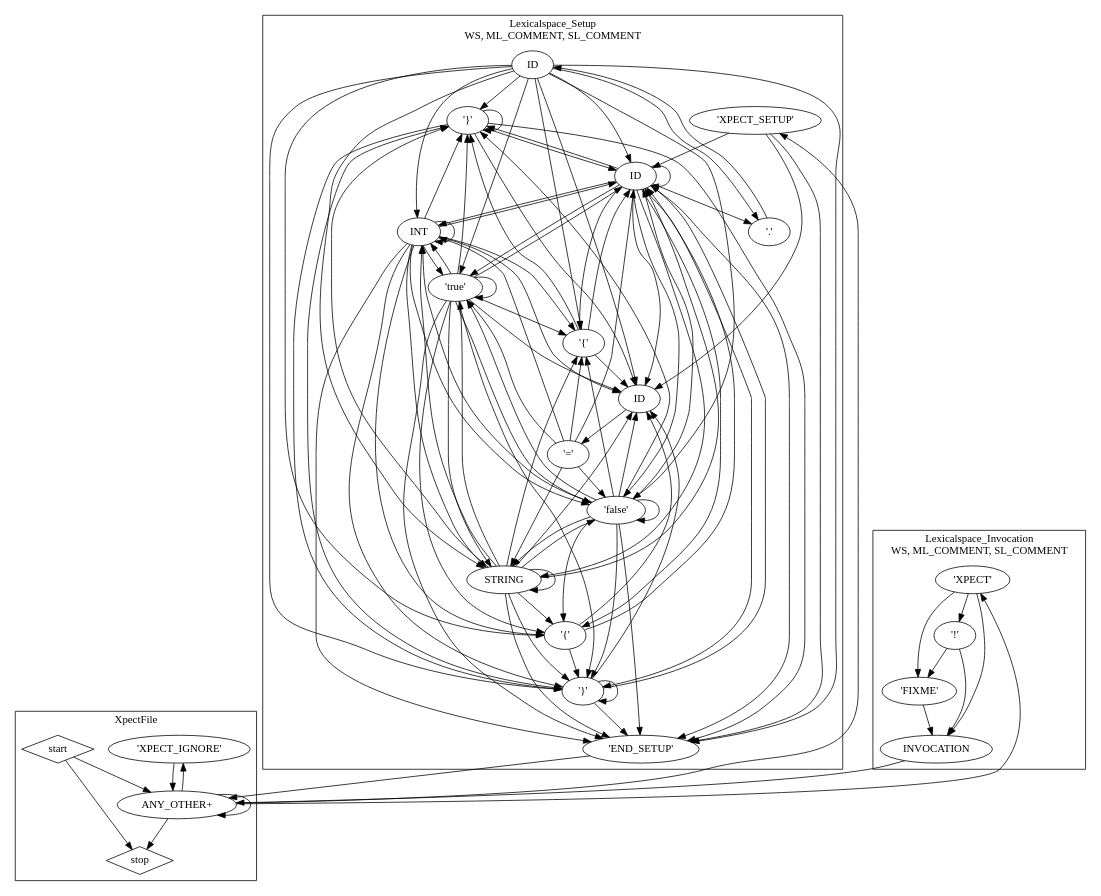
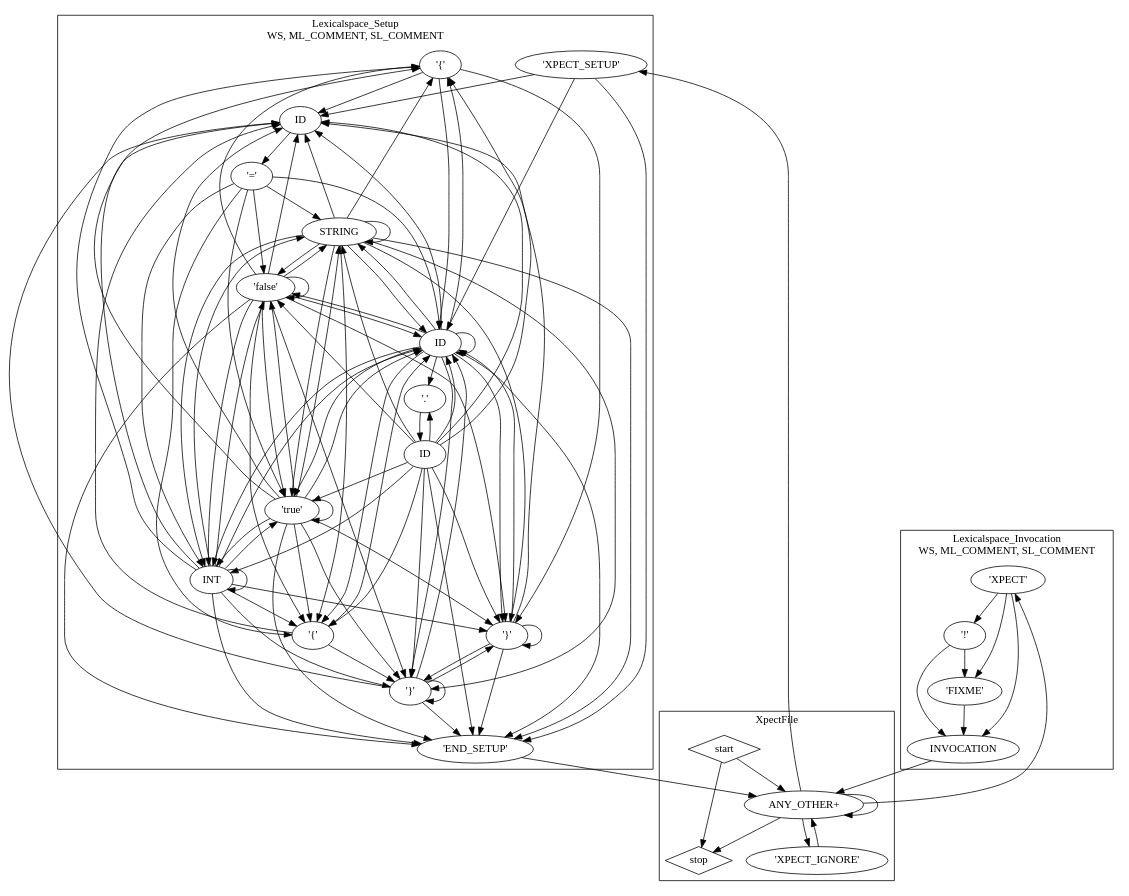
One commit to tjeske/Xpect changed the diagram in org.eclipse.xpect/src-gen/org/eclipse/xpect/lexer/XpectRTGrammarNfa.dot. Above: the diagram before and after it, drawn with Graphviz. The commit also changed 20 other files, not shown here.

```diff
--- a/org.eclipse.xpect/src-gen/org/eclipse/xpect/lexer/XpectRTGrammarNfa.dot
+++ b/org.eclipse.xpect/src-gen/org/eclipse/xpect/lexer/XpectRTGrammarNfa.dot
@@ -1,150 +1,150 @@
 ## This is a Graphviz .dot file (http://www.graphviz.org/)
 ## You can use the command 'dot -Tpdf this.dot > out.pdf' to render it.
 digraph G {
-subgraph cluster_lexicalgroup825791803 {
+subgraph cluster_lexicalgroup1637411253 {
 label="Lexicalspace_Setup\nWS, ML_COMMENT, SL_COMMENT";
-tokennfastate248447628 [label="'END_SETUP'"];
-tokennfastate636094094 [label=ID];
-tokennfastate759098586 [label="'}'"];
-tokennfastate949389138 [label=ID];
-tokennfastate1289280305 [label=INT];
-tokennfastate1815479580 [label=STRING];
-tokennfastate1911551651 [label="'XPECT_SETUP'"];
-tokennfastate664856270 [label=ID];
-tokennfastate325461513 [label="'{'"];
-tokennfastate1653925030 [label="'false'"];
-tokennfastate1935247567 [label="'}'"];
-tokennfastate538611367 [label="'{'"];
-tokennfastate121010315 [label="'true'"];
-tokennfastate119876571 [label="'.'"];
-tokennfastate729827711 [label="'='"];
+tokennfastate1358584120 [label="'{'"];
+tokennfastate1823577333 [label="'}'"];
+tokennfastate197470785 [label="'.'"];
+tokennfastate508047053 [label=STRING];
+tokennfastate1488320466 [label=INT];
+tokennfastate1696394747 [label="'XPECT_SETUP'"];
+tokennfastate1341781781 [label="'{'"];
+tokennfastate1958168955 [label=ID];
+tokennfastate814507488 [label=ID];
+tokennfastate1268858861 [label="'true'"];
+tokennfastate18392277 [label="'END_SETUP'"];
+tokennfastate1600712390 [label="'}'"];
+tokennfastate1477752059 [label=ID];
+tokennfastate986326393 [label="'false'"];
+tokennfastate1444280365 [label="'='"];
 }
 
-subgraph cluster_lexicalgroup278166606 {
+subgraph cluster_lexicalgroup885459806 {
 label="XpectFile\n";
-tokennfastate1275071684 [label="'XPECT_IGNORE'"];
-tokennfastate620301055 [shape=diamond,label=start];
-tokennfastate2070199213 [label="ANY_OTHER+"];
-tokennfastate357532288 [shape=diamond,label=stop];
+tokennfastate64761620 [shape=diamond,label=stop];
+tokennfastate167018904 [label="ANY_OTHER+"];
+tokennfastate1962297767 [label="'XPECT_IGNORE'"];
+tokennfastate560565850 [shape=diamond,label=start];
 }
 
-subgraph cluster_lexicalgroup1555928242 {
+subgraph cluster_lexicalgroup189194499 {
 label="Lexicalspace_Invocation\nWS, ML_COMMENT, SL_COMMENT";
-tokennfastate1861495165 [label="'FIXME'"];
-tokennfastate1890212065 [label="'!'"];
-tokennfastate594169136 [label="'XPECT'"];
-tokennfastate91496847 [label=INVOCATION];
+tokennfastate986875962 [label="'!'"];
+tokennfastate416427727 [label="'XPECT'"];
+tokennfastate1462028250 [label="'FIXME'"];
+tokennfastate780764854 [label=INVOCATION];
 }
 
-tokennfastate248447628->tokennfastate2070199213 [];
-tokennfastate636094094->tokennfastate325461513 [];
-tokennfastate636094094->tokennfastate121010315 [];
-tokennfastate636094094->tokennfastate1653925030 [];
-tokennfastate636094094->tokennfastate1289280305 [];
-tokennfastate636094094->tokennfastate1815479580 [];
-tokennfastate636094094->tokennfastate1935247567 [];
-tokennfastate636094094->tokennfastate949389138 [];
-tokennfastate636094094->tokennfastate664856270 [];
-tokennfastate636094094->tokennfastate759098586 [];
-tokennfastate636094094->tokennfastate248447628 [];
-tokennfastate636094094->tokennfastate538611367 [];
-tokennfastate636094094->tokennfastate119876571 [];
-tokennfastate759098586->tokennfastate1935247567 [];
-tokennfastate759098586->tokennfastate949389138 [];
-tokennfastate759098586->tokennfastate664856270 [];
-tokennfastate759098586->tokennfastate759098586 [];
-tokennfastate759098586->tokennfastate248447628 [];
-tokennfastate949389138->tokennfastate248447628 [];
-tokennfastate949389138->tokennfastate949389138 [];
-tokennfastate949389138->tokennfastate664856270 [];
-tokennfastate949389138->tokennfastate119876571 [];
-tokennfastate949389138->tokennfastate1935247567 [];
-tokennfastate949389138->tokennfastate759098586 [];
-tokennfastate949389138->tokennfastate121010315 [];
-tokennfastate949389138->tokennfastate1653925030 [];
-tokennfastate949389138->tokennfastate1289280305 [];
-tokennfastate949389138->tokennfastate1815479580 [];
-tokennfastate949389138->tokennfastate538611367 [];
-tokennfastate949389138->tokennfastate325461513 [];
-tokennfastate1289280305->tokennfastate538611367 [];
-tokennfastate1289280305->tokennfastate1935247567 [];
-tokennfastate1289280305->tokennfastate949389138 [];
-tokennfastate1289280305->tokennfastate664856270 [];
-tokennfastate1289280305->tokennfastate759098586 [];
-tokennfastate1289280305->tokennfastate248447628 [];
-tokennfastate1289280305->tokennfastate325461513 [];
-tokennfastate1289280305->tokennfastate121010315 [];
-tokennfastate1289280305->tokennfastate1653925030 [];
-tokennfastate1289280305->tokennfastate1289280305 [];
-tokennfastate1289280305->tokennfastate1815479580 [];
-tokennfastate1815479580->tokennfastate538611367 [];
-tokennfastate1815479580->tokennfastate1935247567 [];
-tokennfastate1815479580->tokennfastate949389138 [];
-tokennfastate1815479580->tokennfastate664856270 [];
-tokennfastate1815479580->tokennfastate759098586 [];
-tokennfastate1815479580->tokennfastate248447628 [];
-tokennfastate1815479580->tokennfastate325461513 [];
-tokennfastate1815479580->tokennfastate121010315 [];
-tokennfastate1815479580->tokennfastate1653925030 [];
-tokennfastate1815479580->tokennfastate1289280305 [];
-tokennfastate1815479580->tokennfastate1815479580 [];
-tokennfastate1911551651->tokennfastate248447628 [];
-tokennfastate1911551651->tokennfastate949389138 [];
-tokennfastate1911551651->tokennfastate664856270 [];
-tokennfastate664856270->tokennfastate729827711 [];
-tokennfastate325461513->tokennfastate1935247567 [];
-tokennfastate325461513->tokennfastate949389138 [];
-tokennfastate325461513->tokennfastate664856270 [];
-tokennfastate1653925030->tokennfastate538611367 [];
-tokennfastate1653925030->tokennfastate1935247567 [];
-tokennfastate1653925030->tokennfastate949389138 [];
-tokennfastate1653925030->tokennfastate664856270 [];
-tokennfastate1653925030->tokennfastate759098586 [];
-tokennfastate1653925030->tokennfastate248447628 [];
-tokennfastate1653925030->tokennfastate325461513 [];
-tokennfastate1653925030->tokennfastate121010315 [];
-tokennfastate1653925030->tokennfastate1653925030 [];
-tokennfastate1653925030->tokennfastate1289280305 [];
-tokennfastate1653925030->tokennfastate1815479580 [];
-tokennfastate1935247567->tokennfastate248447628 [];
-tokennfastate1935247567->tokennfastate949389138 [];
-tokennfastate1935247567->tokennfastate664856270 [];
-tokennfastate1935247567->tokennfastate1935247567 [];
-tokennfastate1935247567->tokennfastate759098586 [];
-tokennfastate538611367->tokennfastate759098586 [];
-tokennfastate538611367->tokennfastate664856270 [];
-tokennfastate538611367->tokennfastate949389138 [];
-tokennfastate121010315->tokennfastate538611367 [];
-tokennfastate121010315->tokennfastate1935247567 [];
-tokennfastate121010315->tokennfastate949389138 [];
-tokennfastate121010315->tokennfastate664856270 [];
-tokennfastate121010315->tokennfastate759098586 [];
-tokennfastate121010315->tokennfastate248447628 [];
-tokennfastate121010315->tokennfastate325461513 [];
-tokennfastate121010315->tokennfastate121010315 [];
-tokennfastate121010315->tokennfastate1653925030 [];
-tokennfastate121010315->tokennfastate1289280305 [];
-tokennfastate121010315->tokennfastate1815479580 [];
-tokennfastate119876571->tokennfastate636094094 [];
-tokennfastate729827711->tokennfastate949389138 [];
-tokennfastate729827711->tokennfastate538611367 [];
-tokennfastate729827711->tokennfastate121010315 [];
-tokennfastate729827711->tokennfastate1653925030 [];
-tokennfastate729827711->tokennfastate1289280305 [];
-tokennfastate729827711->tokennfastate1815479580 [];
-tokennfastate1275071684->tokennfastate2070199213 [];
-tokennfastate620301055->tokennfastate357532288 [];
-tokennfastate620301055->tokennfastate2070199213 [];
-tokennfastate2070199213->tokennfastate1275071684 [];
-tokennfastate2070199213->tokennfastate1911551651 [];
-tokennfastate2070199213->tokennfastate594169136 [];
-tokennfastate2070199213->tokennfastate357532288 [];
-tokennfastate2070199213->tokennfastate2070199213 [];
-tokennfastate1861495165->tokennfastate91496847 [];
-tokennfastate1890212065->tokennfastate91496847 [];
-tokennfastate1890212065->tokennfastate1861495165 [];
-tokennfastate594169136->tokennfastate91496847 [];
-tokennfastate594169136->tokennfastate1890212065 [];
-tokennfastate594169136->tokennfastate1861495165 [];
-tokennfastate91496847->tokennfastate2070199213 [];
+tokennfastate1358584120->tokennfastate1600712390 [];
+tokennfastate1358584120->tokennfastate1477752059 [];
+tokennfastate1358584120->tokennfastate1958168955 [];
+tokennfastate1823577333->tokennfastate1600712390 [];
+tokennfastate1823577333->tokennfastate1477752059 [];
+tokennfastate1823577333->tokennfastate1958168955 [];
+tokennfastate1823577333->tokennfastate1823577333 [];
+tokennfastate1823577333->tokennfastate18392277 [];
+tokennfastate197470785->tokennfastate814507488 [];
+tokennfastate508047053->tokennfastate1341781781 [];
+tokennfastate508047053->tokennfastate1600712390 [];
+tokennfastate508047053->tokennfastate1477752059 [];
+tokennfastate508047053->tokennfastate1958168955 [];
+tokennfastate508047053->tokennfastate1823577333 [];
+tokennfastate508047053->tokennfastate18392277 [];
+tokennfastate508047053->tokennfastate1358584120 [];
+tokennfastate508047053->tokennfastate1268858861 [];
+tokennfastate508047053->tokennfastate986326393 [];
+tokennfastate508047053->tokennfastate1488320466 [];
+tokennfastate508047053->tokennfastate508047053 [];
+tokennfastate1488320466->tokennfastate1341781781 [];
+tokennfastate1488320466->tokennfastate1600712390 [];
+tokennfastate1488320466->tokennfastate1477752059 [];
+tokennfastate1488320466->tokennfastate1958168955 [];
+tokennfastate1488320466->tokennfastate1823577333 [];
+tokennfastate1488320466->tokennfastate18392277 [];
+tokennfastate1488320466->tokennfastate1358584120 [];
+tokennfastate1488320466->tokennfastate1268858861 [];
+tokennfastate1488320466->tokennfastate986326393 [];
+tokennfastate1488320466->tokennfastate1488320466 [];
+tokennfastate1488320466->tokennfastate508047053 [];
+tokennfastate1696394747->tokennfastate18392277 [];
+tokennfastate1696394747->tokennfastate1477752059 [];
+tokennfastate1696394747->tokennfastate1958168955 [];
+tokennfastate1341781781->tokennfastate1823577333 [];
+tokennfastate1341781781->tokennfastate1958168955 [];
+tokennfastate1341781781->tokennfastate1477752059 [];
+tokennfastate1958168955->tokennfastate1444280365 [];
+tokennfastate814507488->tokennfastate1358584120 [];
+tokennfastate814507488->tokennfastate1268858861 [];
+tokennfastate814507488->tokennfastate986326393 [];
+tokennfastate814507488->tokennfastate1488320466 [];
+tokennfastate814507488->tokennfastate508047053 [];
+tokennfastate814507488->tokennfastate1600712390 [];
+tokennfastate814507488->tokennfastate1477752059 [];
+tokennfastate814507488->tokennfastate1958168955 [];
+tokennfastate814507488->tokennfastate1823577333 [];
+tokennfastate814507488->tokennfastate18392277 [];
+tokennfastate814507488->tokennfastate1341781781 [];
+tokennfastate814507488->tokennfastate197470785 [];
+tokennfastate1268858861->tokennfastate1341781781 [];
+tokennfastate1268858861->tokennfastate1600712390 [];
+tokennfastate1268858861->tokennfastate1477752059 [];
+tokennfastate1268858861->tokennfastate1958168955 [];
+tokennfastate1268858861->tokennfastate1823577333 [];
+tokennfastate1268858861->tokennfastate18392277 [];
+tokennfastate1268858861->tokennfastate1358584120 [];
+tokennfastate1268858861->tokennfastate1268858861 [];
+tokennfastate1268858861->tokennfastate986326393 [];
+tokennfastate1268858861->tokennfastate1488320466 [];
+tokennfastate1268858861->tokennfastate508047053 [];
+tokennfastate18392277->tokennfastate167018904 [];
+tokennfastate1600712390->tokennfastate18392277 [];
+tokennfastate1600712390->tokennfastate1477752059 [];
+tokennfastate1600712390->tokennfastate1958168955 [];
+tokennfastate1600712390->tokennfastate1600712390 [];
+tokennfastate1600712390->tokennfastate1823577333 [];
+tokennfastate1477752059->tokennfastate18392277 [];
+tokennfastate1477752059->tokennfastate1477752059 [];
+tokennfastate1477752059->tokennfastate1958168955 [];
+tokennfastate1477752059->tokennfastate197470785 [];
+tokennfastate1477752059->tokennfastate1600712390 [];
+tokennfastate1477752059->tokennfastate1823577333 [];
+tokennfastate1477752059->tokennfastate1268858861 [];
+tokennfastate1477752059->tokennfastate986326393 [];
+tokennfastate1477752059->tokennfastate1488320466 [];
+tokennfastate1477752059->tokennfastate508047053 [];
+tokennfastate1477752059->tokennfastate1341781781 [];
+tokennfastate1477752059->tokennfastate1358584120 [];
+tokennfastate986326393->tokennfastate1341781781 [];
+tokennfastate986326393->tokennfastate1600712390 [];
+tokennfastate986326393->tokennfastate1477752059 [];
+tokennfastate986326393->tokennfastate1958168955 [];
+tokennfastate986326393->tokennfastate1823577333 [];
+tokennfastate986326393->tokennfastate18392277 [];
+tokennfastate986326393->tokennfastate1358584120 [];
+tokennfastate986326393->tokennfastate1268858861 [];
+tokennfastate986326393->tokennfastate986326393 [];
+tokennfastate986326393->tokennfastate1488320466 [];
+tokennfastate986326393->tokennfastate508047053 [];
+tokennfastate1444280365->tokennfastate1477752059 [];
+tokennfastate1444280365->tokennfastate1341781781 [];
+tokennfastate1444280365->tokennfastate1268858861 [];
+tokennfastate1444280365->tokennfastate986326393 [];
+tokennfastate1444280365->tokennfastate1488320466 [];
+tokennfastate1444280365->tokennfastate508047053 [];
+tokennfastate167018904->tokennfastate1962297767 [];
+tokennfastate167018904->tokennfastate1696394747 [];
+tokennfastate167018904->tokennfastate416427727 [];
+tokennfastate167018904->tokennfastate64761620 [];
+tokennfastate167018904->tokennfastate167018904 [];
+tokennfastate1962297767->tokennfastate167018904 [];
+tokennfastate560565850->tokennfastate64761620 [];
+tokennfastate560565850->tokennfastate167018904 [];
+tokennfastate986875962->tokennfastate780764854 [];
+tokennfastate986875962->tokennfastate1462028250 [];
+tokennfastate416427727->tokennfastate780764854 [];
+tokennfastate416427727->tokennfastate986875962 [];
+tokennfastate416427727->tokennfastate1462028250 [];
+tokennfastate1462028250->tokennfastate780764854 [];
+tokennfastate780764854->tokennfastate167018904 [];
 }
```
